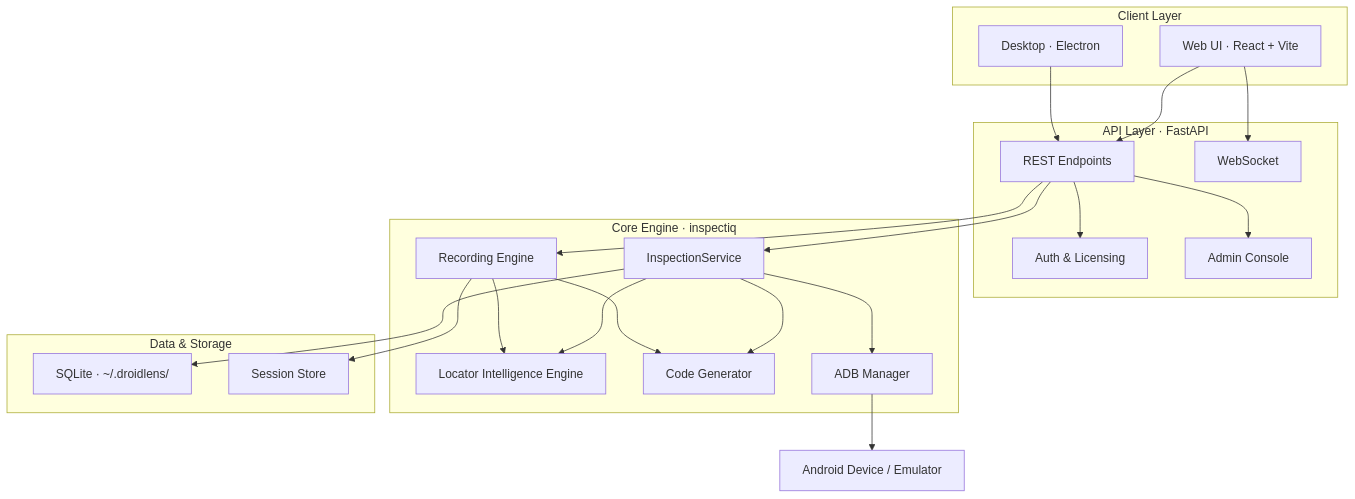
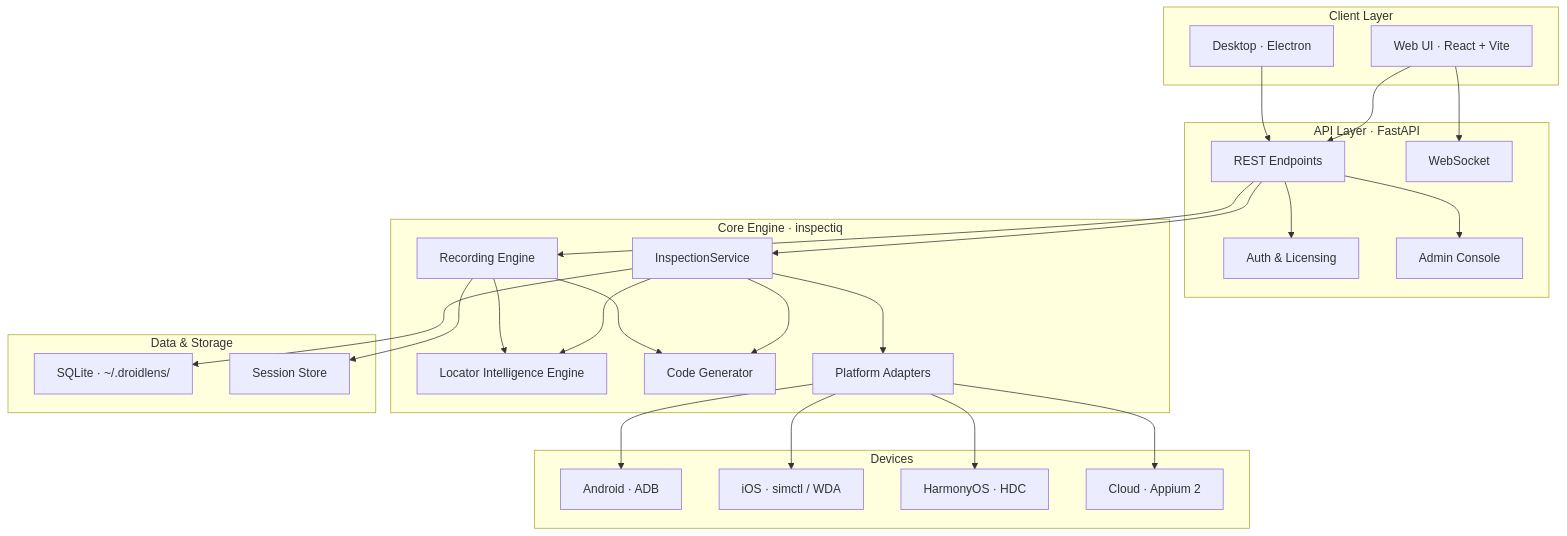
Before and after one commit to kiranckumar2210/DroidLens: the diagram in README.md, drawn with Mermaid. The commit also changed other lines of this file, not shown here.

First line of the commit message:
docs: update README for v2.0 multi-platform support

````diff
--- a/README.md
+++ b/README.md
@@ -200,45 +242,53 @@
 ```mermaid
 flowchart TB
   subgraph Client["Client Layer"]
     WEB["Web UI · React + Vite"]
     ELEC["Desktop · Electron"]
   end
 
   subgraph API["API Layer · FastAPI"]
     REST["REST Endpoints"]
     WS["WebSocket"]
     AUTH["Auth & Licensing"]
     ADMIN["Admin Console"]
   end
 
   subgraph Core["Core Engine · inspectiq"]
     SVC["InspectionService"]
     LOC["Locator Intelligence Engine"]
     CG["Code Generator"]
     REC["Recording Engine"]
-    ADB["ADB Manager"]
+    ADAPT["Platform Adapters"]
+  end
+
+  subgraph Devices["Devices"]
+    AND["Android · ADB"]
+    IOS["iOS · simctl / WDA"]
+    HAR["HarmonyOS · HDC"]
+    CLD["Cloud · Appium 2"]
   end
 
   subgraph Data["Data & Storage"]
     SQLITE["SQLite · ~/.droidlens/"]
     SESS["Session Store"]
   end
-
-  DEV["Android Device / Emulator"]
 
   WEB --> REST
   ELEC --> REST
   WEB --> WS
   REST --> SVC
   REST --> AUTH
   REST --> ADMIN
   REST --> REC
   SVC --> LOC
   SVC --> CG
-  SVC --> ADB
+  SVC --> ADAPT
   REC --> LOC
   REC --> CG
-  ADB --> DEV
+  ADAPT --> AND
+  ADAPT --> IOS
+  ADAPT --> HAR
+  ADAPT --> CLD
   SVC --> SQLITE
   REC --> SESS
 ```
````
